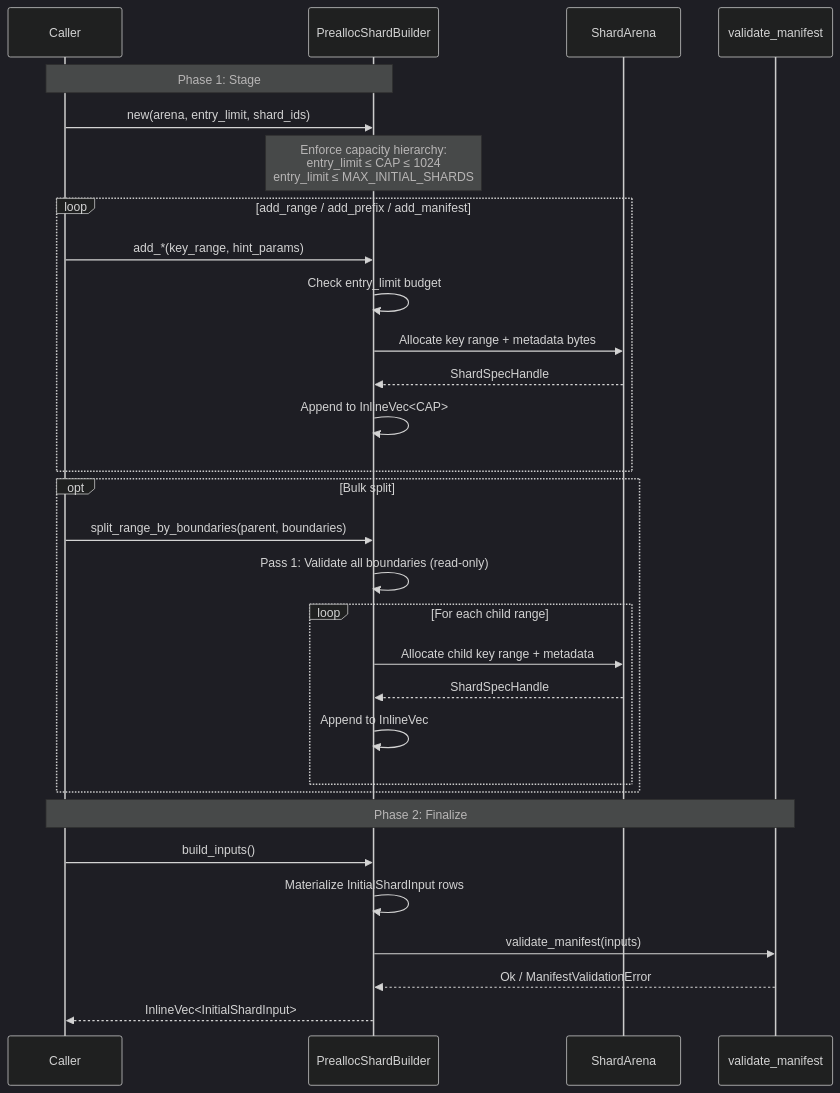
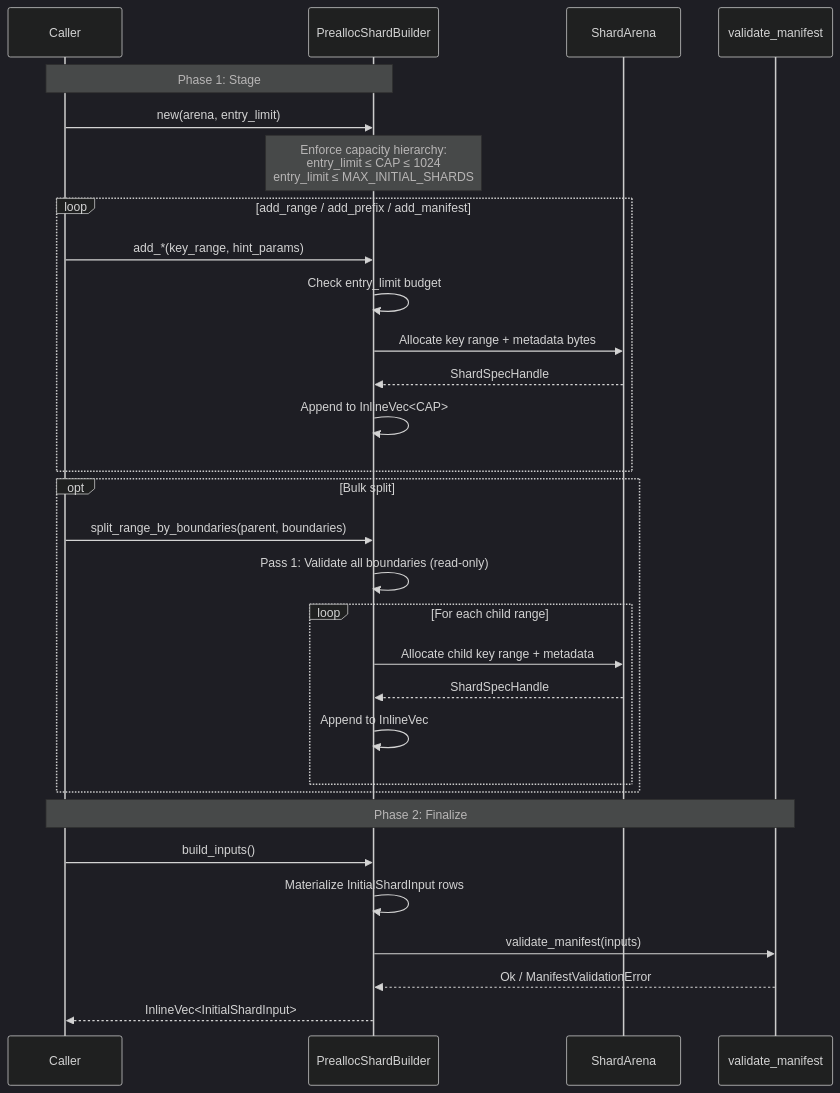
The fifth of 7 diagrams in diagrams/13-shard-algebra-types.md (ahrav/Gossip-rs), drawn with Mermaid (dark theme) before and after one commit. The commit also changed 1 other file, not shown here.

Commit message:
docs: audit drift fixes [shard-algebra]
Auto-fix file inventories, dependency rows, and stale constructor
signatures for shard-algebra docs and diagrams.

````diff
--- a/diagrams/13-shard-algebra-types.md
+++ b/diagrams/13-shard-algebra-types.md
@@ -328,39 +328,39 @@
 ```mermaid
 %% Diagram: prealloc-shard-builder-flow
 sequenceDiagram
     participant Caller
     participant Builder as PreallocShardBuilder
     participant Arena as ShardArena
     participant Validator as validate_manifest
 
     Note over Caller,Builder: Phase 1: Stage
 
-    Caller->>Builder: new(arena, entry_limit, shard_ids)
+    Caller->>Builder: new(arena, entry_limit)
     Note over Builder: Enforce capacity hierarchy:<br/>entry_limit ≤ CAP ≤ 1024<br/>entry_limit ≤ MAX_INITIAL_SHARDS
 
     loop add_range / add_prefix / add_manifest
         Caller->>Builder: add_*(key_range, hint_params)
         Builder->>Builder: Check entry_limit budget
         Builder->>Arena: Allocate key range + metadata bytes
         Arena-->>Builder: ShardSpecHandle
         Builder->>Builder: Append to InlineVec<CAP>
     end
 
     opt Bulk split
         Caller->>Builder: split_range_by_boundaries(parent, boundaries)
         Builder->>Builder: Pass 1: Validate all boundaries (read-only)
         loop For each child range
             Builder->>Arena: Allocate child key range + metadata
             Arena-->>Builder: ShardSpecHandle
             Builder->>Builder: Append to InlineVec
         end
     end
 
     Note over Caller,Validator: Phase 2: Finalize
 
     Caller->>Builder: build_inputs()
     Builder->>Builder: Materialize InitialShardInput rows
     Builder->>Validator: validate_manifest(inputs)
     Validator-->>Builder: Ok / ManifestValidationError
     Builder-->>Caller: InlineVec<InitialShardInput>
 ```
````
